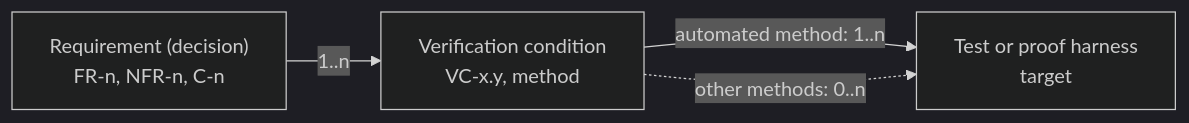
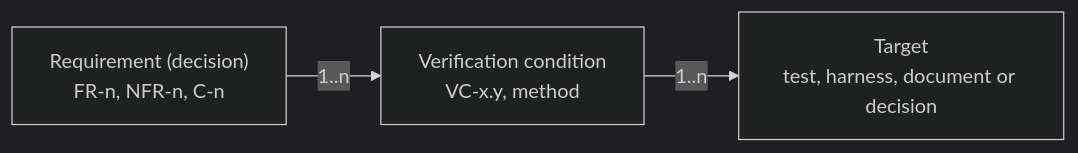
Before and after one commit to Dyse-Industries/control-rs: the second of 2 diagrams in documentation/vv/requirement-traceability-design.md, drawn with Mermaid (dark theme). The commit also changed other lines of this file and 20 other files, not shown here.

````diff
--- a/documentation/vv/requirement-traceability-design.md
+++ b/documentation/vv/requirement-traceability-design.md
@@ -278,6 +293,5 @@
 ```mermaid
 flowchart LR
     R["Requirement (decision)<br/>FR-n, NFR-n, C-n"] -->|" 1..n "| V["Verification condition<br/>VC-x.y, method"]
-    V -->|" automated method: 1..n "| T["Test or proof harness<br/>target"]
-    V -.->|" other methods: 0..n "| T
+    V -->|" 1..n "| T["Target<br/>test, harness, document or decision"]
 ```
````
